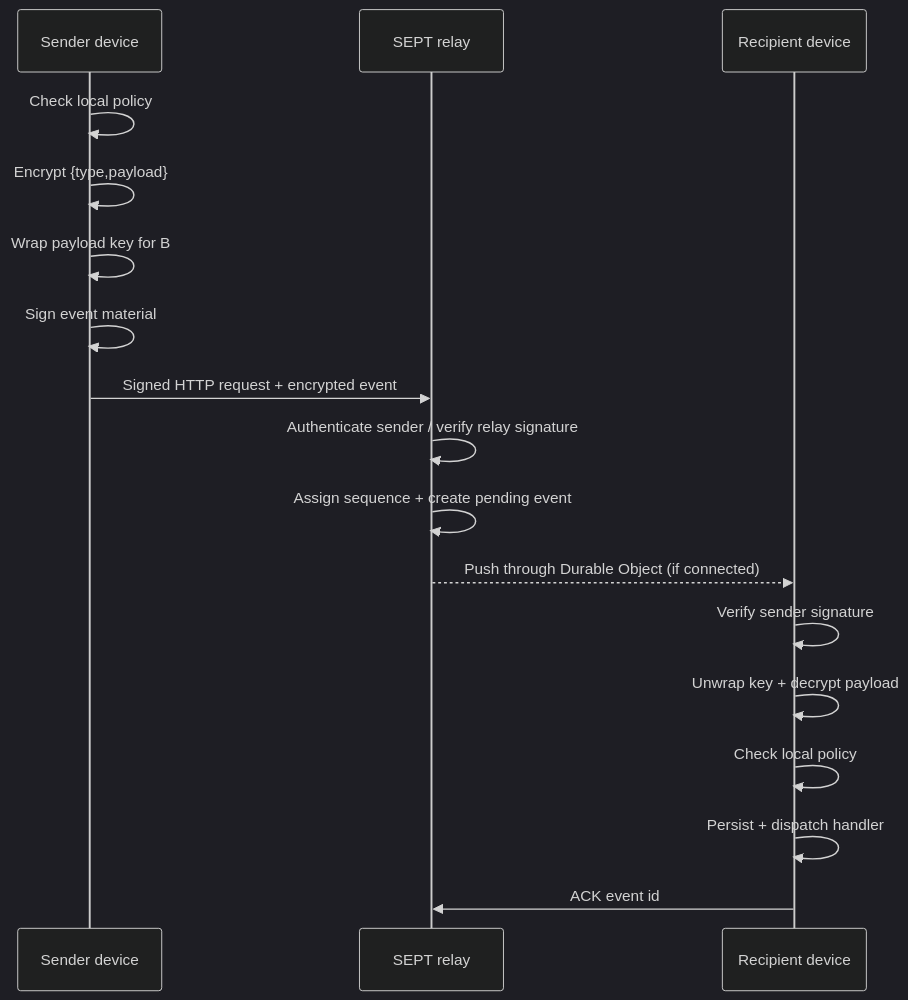
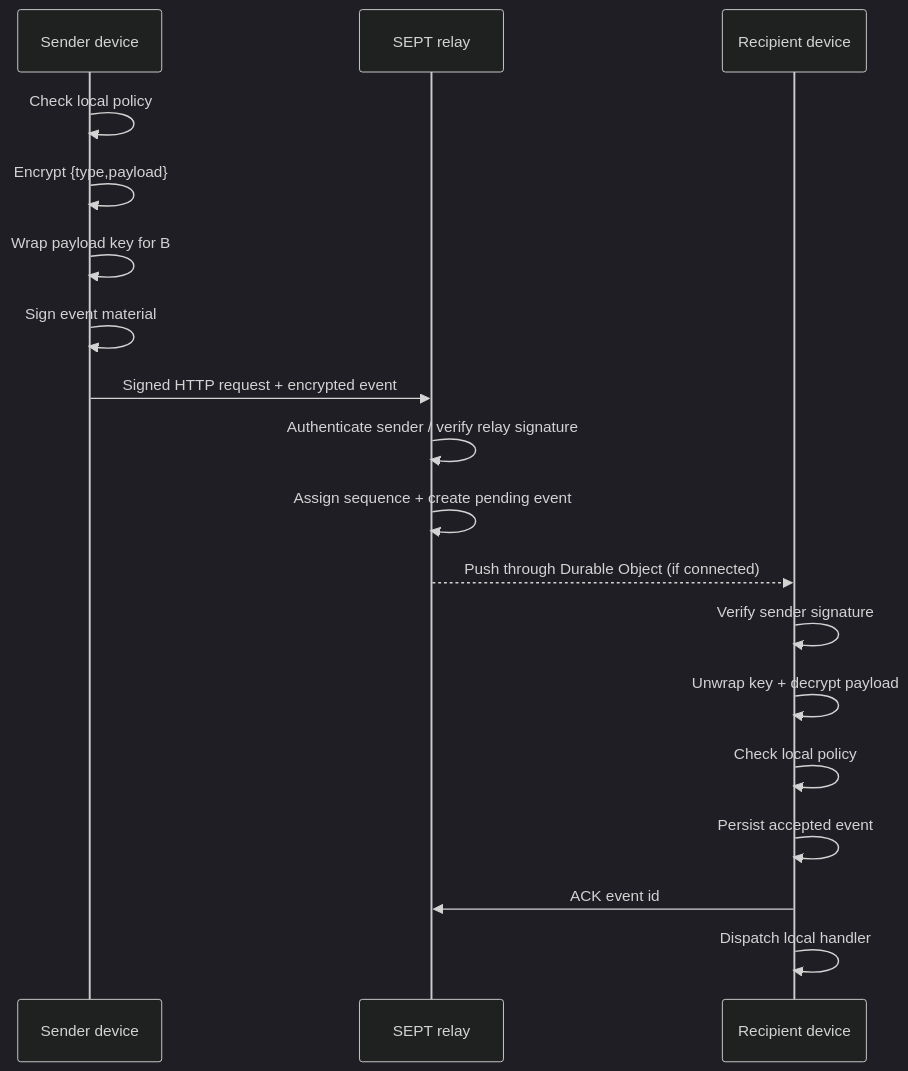
Before and after one commit to fcavallarin/fmnet: the third of 4 diagrams in docs/architecture.md, drawn with Mermaid (dark theme). The commit also changed other lines of this file and 4 other files, not shown here.

````diff
--- a/docs/architecture.md
+++ b/docs/architecture.md
@@ -121,20 +121,21 @@
 ```mermaid
 sequenceDiagram
   participant A as Sender device
   participant R as SEPT relay
   participant B as Recipient device
 
   A->>A: Check local policy
   A->>A: Encrypt {type,payload}
   A->>A: Wrap payload key for B
   A->>A: Sign event material
   A->>R: Signed HTTP request + encrypted event
   R->>R: Authenticate sender / verify relay signature
   R->>R: Assign sequence + create pending event
   R-->>B: Push through Durable Object (if connected)
   B->>B: Verify sender signature
   B->>B: Unwrap key + decrypt payload
   B->>B: Check local policy
-  B->>B: Persist + dispatch handler
+  B->>B: Persist accepted event
   B->>R: ACK event id
+  B->>B: Dispatch local handler
 ```
````
